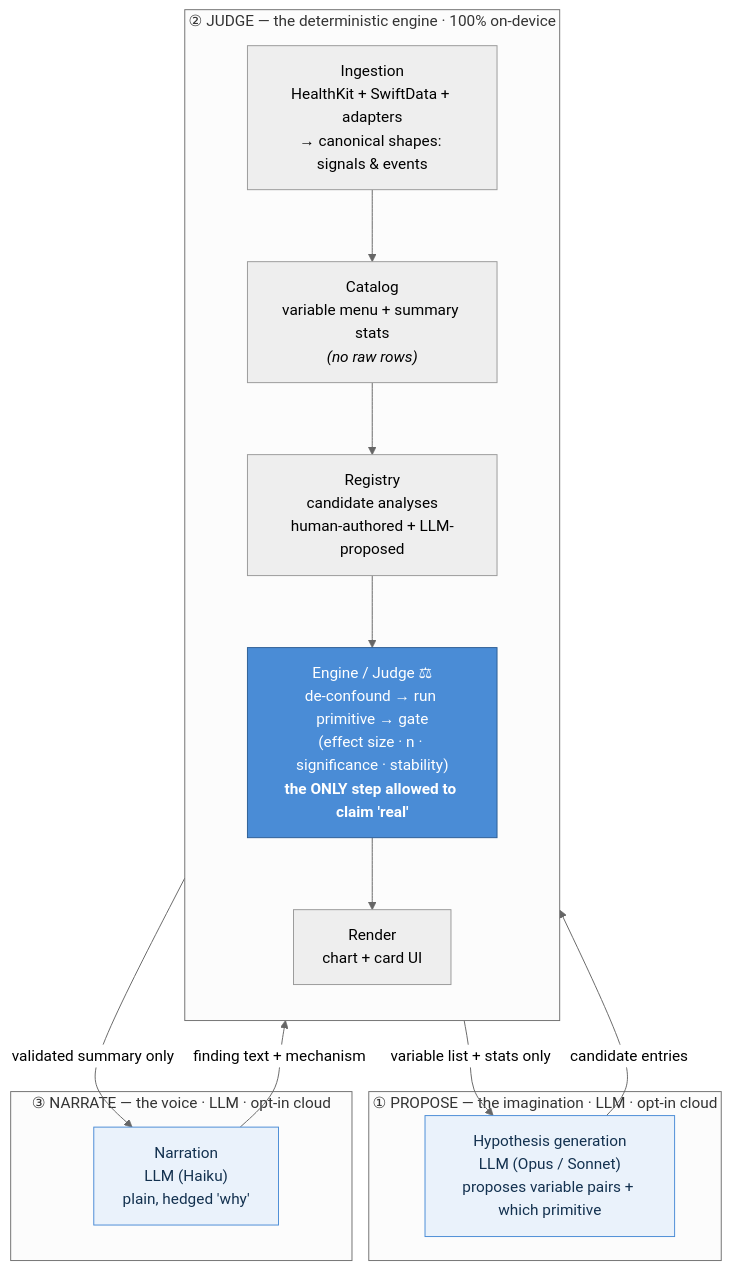
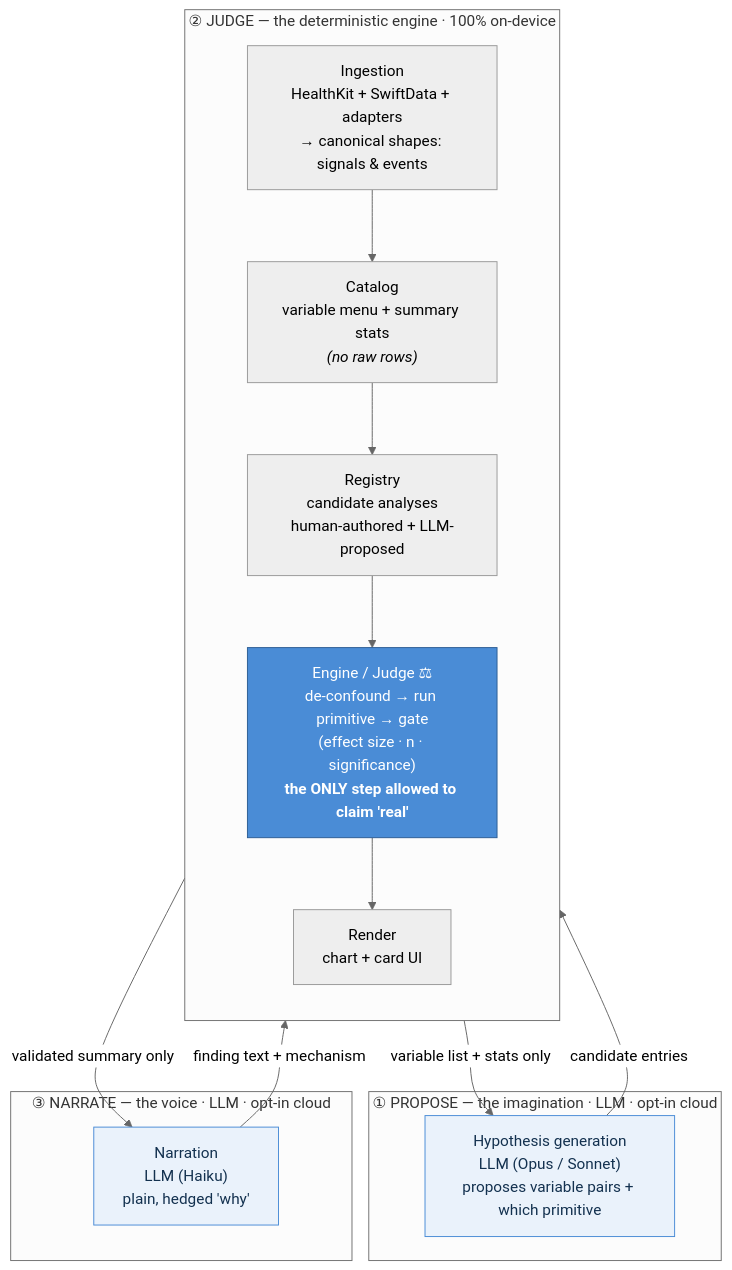
One commit to bhavbhasin/pd-companion changed the first of 2 diagrams in docs/intelligence-architecture.md. Above: the diagram before and after it, drawn with Mermaid (neutral theme). The commit also changed other lines of this file and 2 other files, not shown here.

````diff
--- a/docs/intelligence-architecture.md
+++ b/docs/intelligence-architecture.md
@@ -26,30 +26,30 @@
 ```mermaid
 flowchart TB
   subgraph L1["① PROPOSE — the imagination · LLM · opt-in cloud"]
     H["Hypothesis generation<br/>LLM (Opus / Sonnet)<br/>proposes variable pairs + which primitive"]
   end
 
   subgraph L2["② JUDGE — the deterministic engine · 100% on-device"]
     direction TB
     I["Ingestion<br/>HealthKit + SwiftData + adapters<br/>→ canonical shapes: signals & events"]
     C["Catalog<br/>variable menu + summary stats<br/><i>(no raw rows)</i>"]
     R["Registry<br/>candidate analyses<br/>human-authored + LLM-proposed"]
-    J["Engine / Judge ⚖<br/>de-confound → run primitive → gate<br/>(effect size · n · significance · stability)<br/><b>the ONLY step allowed to claim 'real'</b>"]
+    J["Engine / Judge ⚖<br/>de-confound → run primitive → gate<br/>(effect size · n · significance)<br/><b>the ONLY step allowed to claim 'real'</b>"]
     V["Render<br/>chart + card UI"]
     I --> C --> R --> J --> V
   end
 
   subgraph L3["③ NARRATE — the voice · LLM · opt-in cloud"]
     N["Narration<br/>LLM (Haiku)<br/>plain, hedged 'why'"]
   end
 
   C -- "variable list + stats only" --> H
   H -- "candidate entries" --> R
   J -- "validated summary only" --> N
   N -- "finding text + mechanism" --> V
 
   classDef llm fill:#eaf2fb,stroke:#4A8CD6,color:#13314f;
   classDef judge fill:#4A8CD6,stroke:#2c5d94,color:#fff;
   class H,N llm;
   class J judge;
 ```
````
